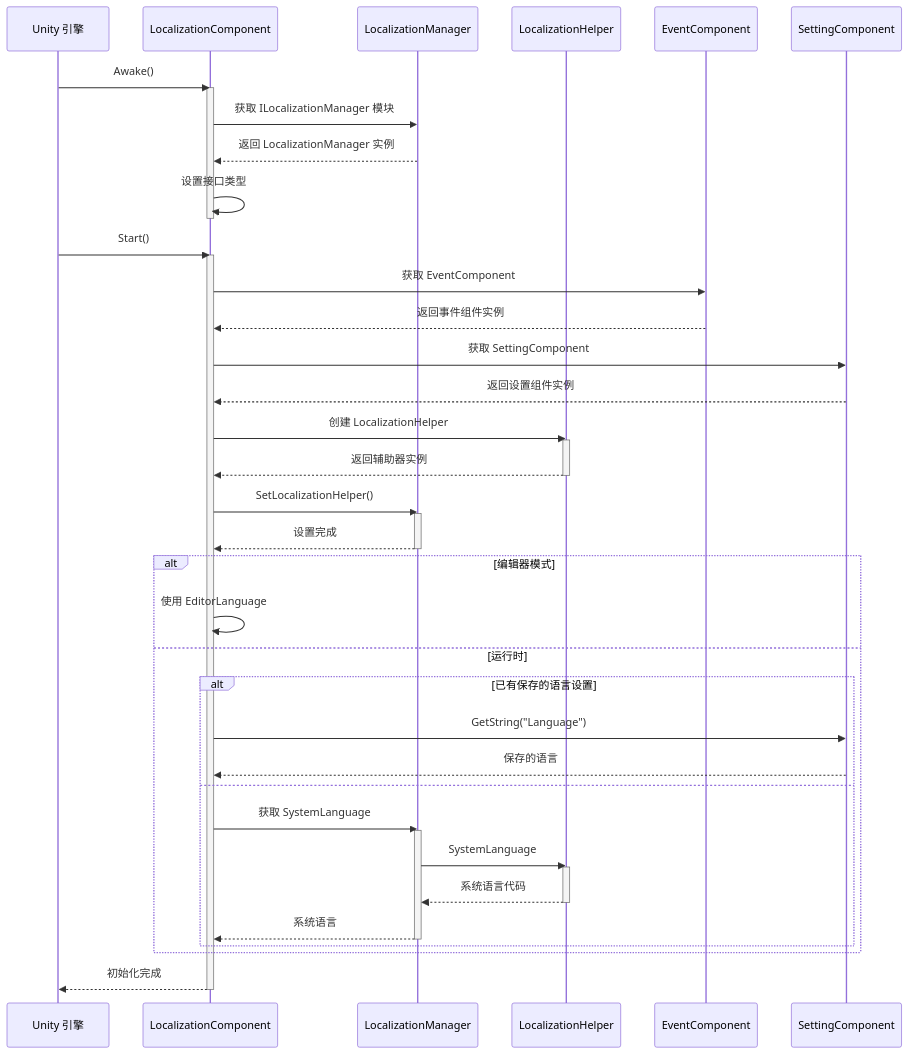
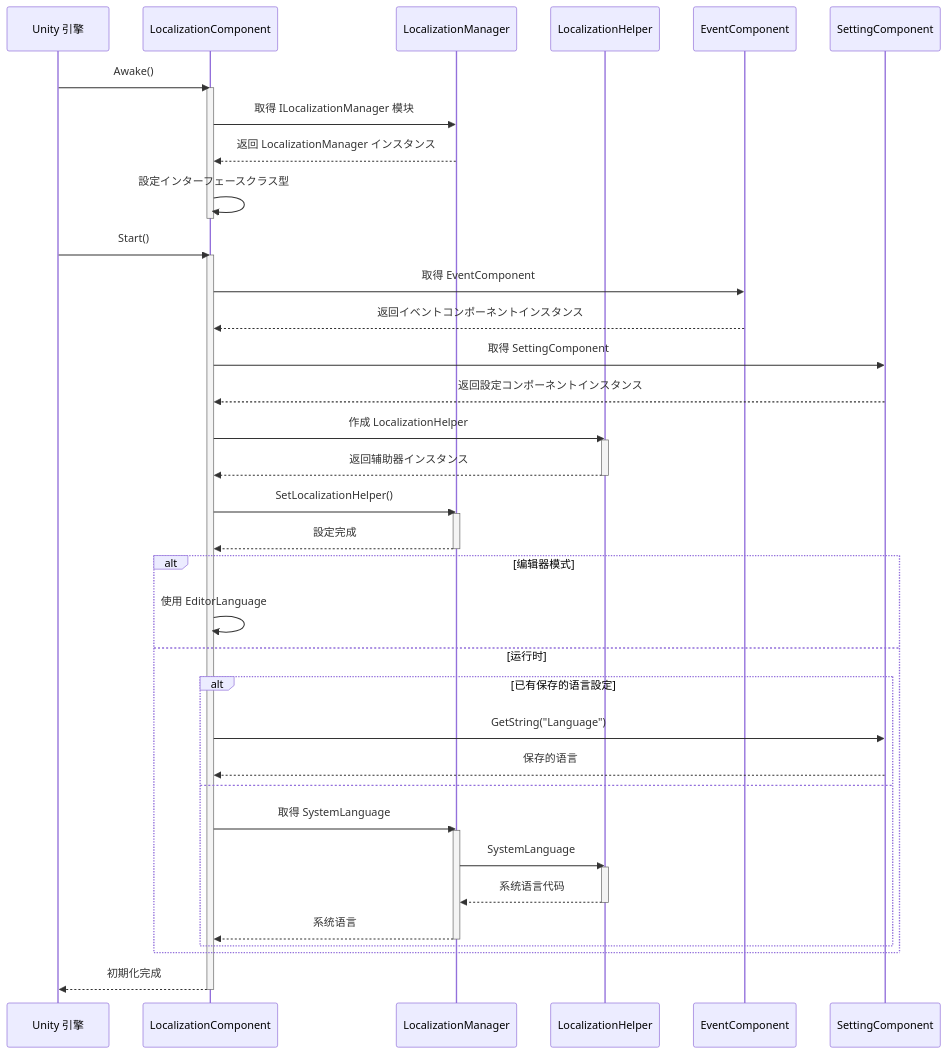
Before and after one commit to AlianBlank/GameFrameX.Docs: the second of 5 diagrams in docs/ja/client/unity/component/localization/01.overview.md, drawn with Mermaid. The commit also changed other lines of this file and 603 other files, not shown here.

````diff
--- a/docs/ja/client/unity/component/localization/01.overview.md
+++ b/docs/ja/client/unity/component/localization/01.overview.md
@@ -67,54 +67,54 @@
 ```mermaid
 sequenceDiagram
     participant Unity as Unity 引擎
     participant LC as LocalizationComponent
     participant LM as LocalizationManager
     participant LH as LocalizationHelper
     participant EC as EventComponent
     participant SC as SettingComponent
 
     Unity->>LC: Awake()
     activate LC
-    LC->>LM: 获取 ILocalizationManager 模块
-    LM-->>LC: 返回 LocalizationManager 实例
-    LC->>LC: 设置接口类型
+    LC->>LM: 取得 ILocalizationManager 模块
+    LM-->>LC: 返回 LocalizationManager インスタンス
+    LC->>LC: 設定インターフェースクラス型
     deactivate LC
 
     Unity->>LC: Start()
     activate LC
-    LC->>EC: 获取 EventComponent
-    EC-->>LC: 返回事件组件实例
-    LC->>SC: 获取 SettingComponent
-    SC-->>LC: 返回设置组件实例
+    LC->>EC: 取得 EventComponent
+    EC-->>LC: 返回イベントコンポーネントインスタンス
+    LC->>SC: 取得 SettingComponent
+    SC-->>LC: 返回設定コンポーネントインスタンス
 
-    LC->>LH: 创建 LocalizationHelper
+    LC->>LH: 作成 LocalizationHelper
     activate LH
-    LH-->>LC: 返回辅助器实例
+    LH-->>LC: 返回辅助器インスタンス
     deactivate LH
 
     LC->>LM: SetLocalizationHelper()
     activate LM
-    LM-->>LC: 设置完成
+    LM-->>LC: 設定完成
     deactivate LM
 
     alt 编辑器模式
         LC->>LC: 使用 EditorLanguage
     else 运行时
-        alt 已有保存的语言设置
+        alt 已有保存的语言設定
             LC->>SC: GetString("Language")
             SC-->>LC: 保存的语言
         else
-            LC->>LM: 获取 SystemLanguage
+            LC->>LM: 取得 SystemLanguage
             activate LM
             LM->>LH: SystemLanguage
             activate LH
             LH-->>LM: 系统语言代码
             deactivate LH
             LM-->>LC: 系统语言
             deactivate LM
         end
     end
 
-    LC-->>Unity: 初始化完成
+    LC-->>Unity: 初期化完成
     deactivate LC
 ```
````
